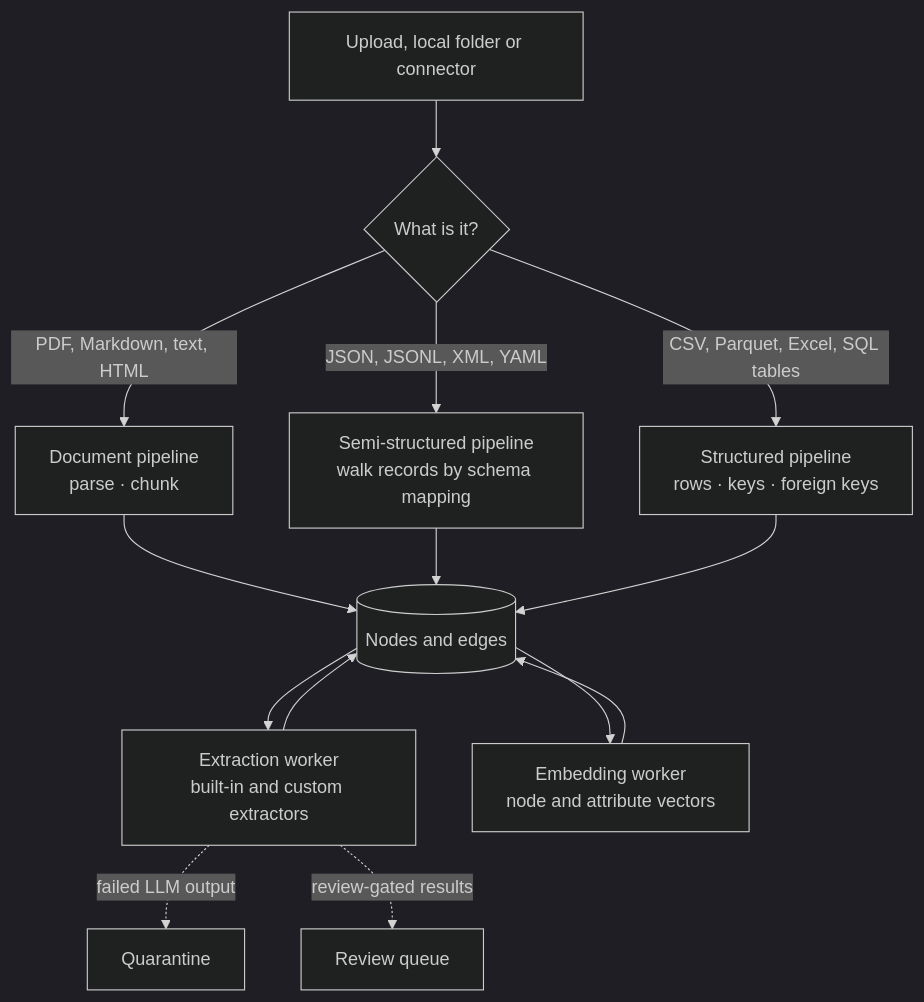
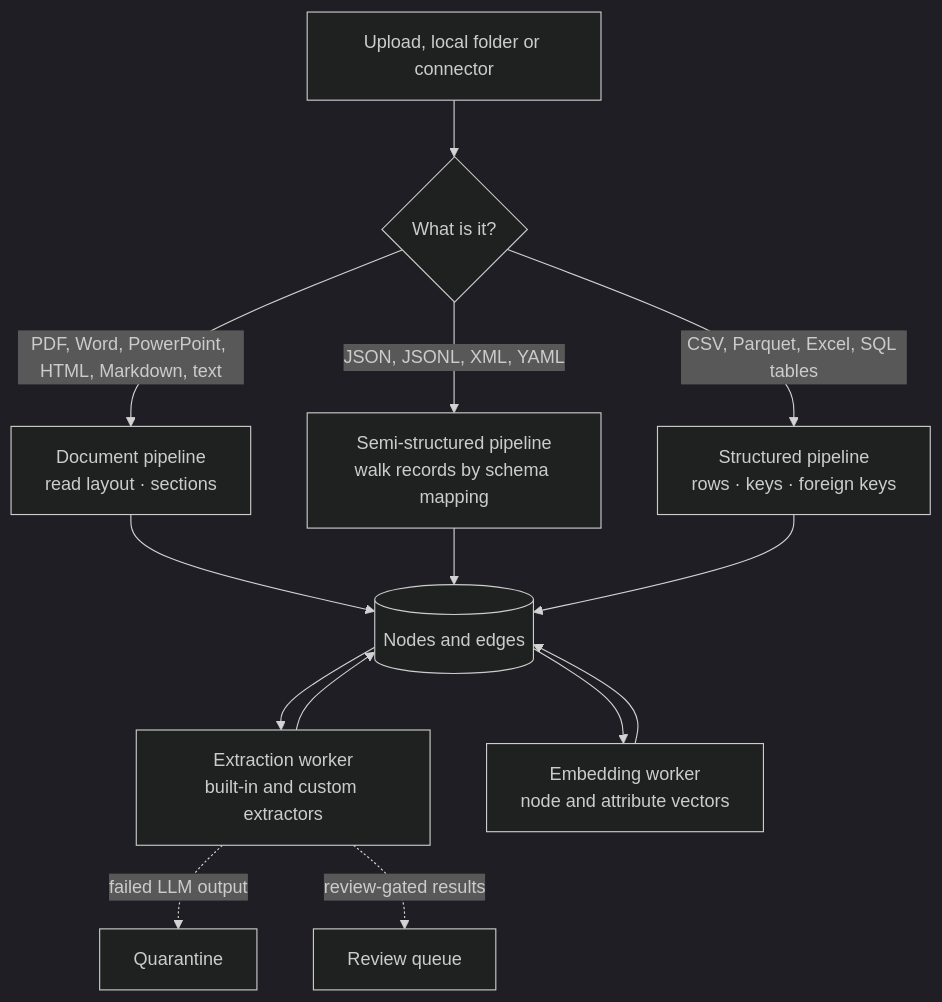
One commit to opencortyx/OpenCortyx changed the third of 5 diagrams in docs/how-it-works.md. Above: the diagram before and after it, drawn with Mermaid (dark theme). The commit also changed other lines of this file and 21 other files, not shown here.

First line of the commit message:
0.1.0-beta.3; read page headers, footers and PDF heading levels

````diff
--- a/docs/how-it-works.md
+++ b/docs/how-it-works.md
@@ -93,16 +95,16 @@
 ```mermaid
 flowchart TD
     S[Upload, local folder or connector] --> R{What is it?}
-    R -->|PDF, Markdown, text, HTML| D[Document pipeline<br/>parse · chunk]
+    R -->|PDF, Word, PowerPoint, HTML, Markdown, text| D[Document pipeline<br/>read layout · sections]
     R -->|JSON, JSONL, XML, YAML| J[Semi-structured pipeline<br/>walk records by schema mapping]
     R -->|CSV, Parquet, Excel, SQL tables| T[Structured pipeline<br/>rows · keys · foreign keys]
     D --> G[(Nodes and edges)]
     J --> G
     T --> G
     G --> X[Extraction worker<br/>built-in and custom extractors]
     X --> G
     G --> E[Embedding worker<br/>node and attribute vectors]
     E --> G
     X -.->|failed LLM output| QU[Quarantine]
     X -.->|review-gated results| RV[Review queue]
 ```
````
